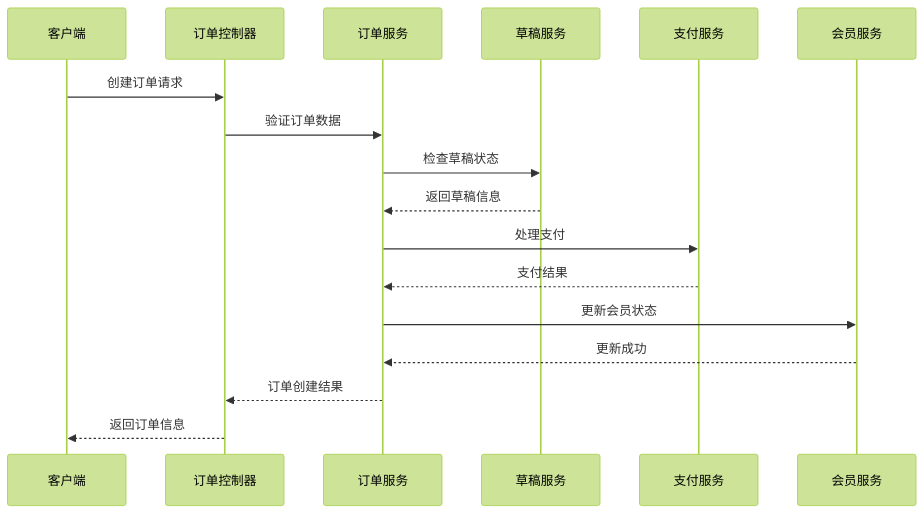
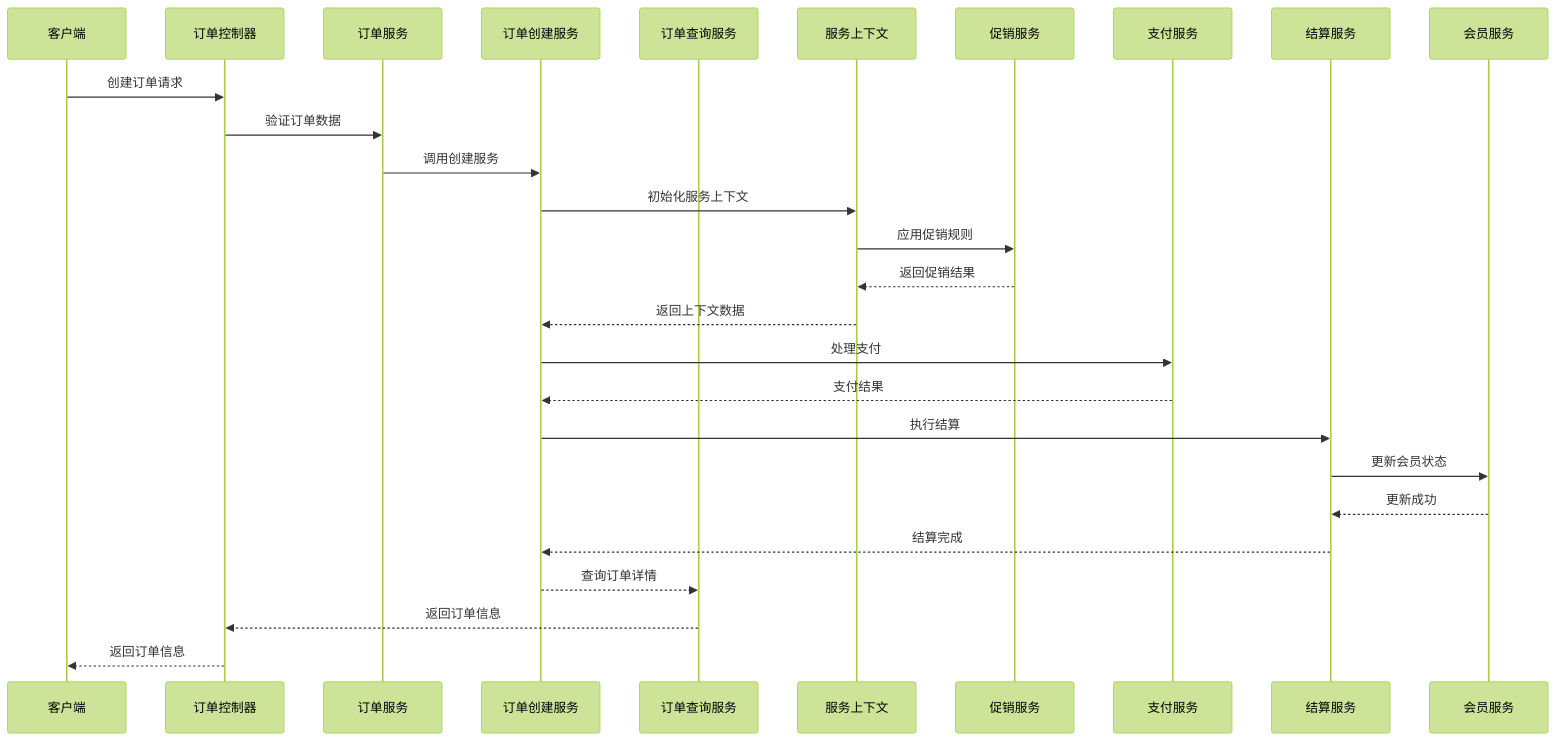
The third of 9 diagrams in .qoder/repowiki/zh/content/业务模块/纯俱乐部模块.md (rc558620/purelyprofit-server), drawn with Mermaid (forest theme) before and after one commit. The commit also changed other lines of this file and 534 other files, not shown here.

````diff
--- a/.qoder/repowiki/zh/content/业务模块/纯俱乐部模块.md
+++ b/.qoder/repowiki/zh/content/业务模块/纯俱乐部模块.md
@@ -174,19 +287,29 @@
 ```mermaid
 sequenceDiagram
 participant Client as 客户端
 participant OrderCtrl as 订单控制器
 participant OrderSvc as 订单服务
-participant DraftSvc as 草稿服务
+participant OrderCreation as 订单创建服务
+participant OrderQuery as 订单查询服务
+participant ContextSvc as 服务上下文
+participant PromotionSvc as 促销服务
 participant PaymentSvc as 支付服务
+participant SettlementSvc as 结算服务
 participant MemberSvc as 会员服务
 Client->>OrderCtrl : 创建订单请求
 OrderCtrl->>OrderSvc : 验证订单数据
-OrderSvc->>DraftSvc : 检查草稿状态
-DraftSvc-->>OrderSvc : 返回草稿信息
-OrderSvc->>PaymentSvc : 处理支付
-PaymentSvc-->>OrderSvc : 支付结果
-OrderSvc->>MemberSvc : 更新会员状态
-MemberSvc-->>OrderSvc : 更新成功
-OrderSvc-->>OrderCtrl : 订单创建结果
+OrderSvc->>OrderCreation : 调用创建服务
+OrderCreation->>ContextSvc : 初始化服务上下文
+ContextSvc->>PromotionSvc : 应用促销规则
+PromotionSvc-->>ContextSvc : 返回促销结果
+ContextSvc-->>OrderCreation : 返回上下文数据
+OrderCreation->>PaymentSvc : 处理支付
+PaymentSvc-->>OrderCreation : 支付结果
+OrderCreation->>SettlementSvc : 执行结算
+SettlementSvc->>MemberSvc : 更新会员状态
+MemberSvc-->>SettlementSvc : 更新成功
+SettlementSvc-->>OrderCreation : 结算完成
+OrderCreation-->>OrderQuery : 查询订单详情
+OrderQuery-->>OrderCtrl : 返回订单信息
 OrderCtrl-->>Client : 返回订单信息
 ```
````
